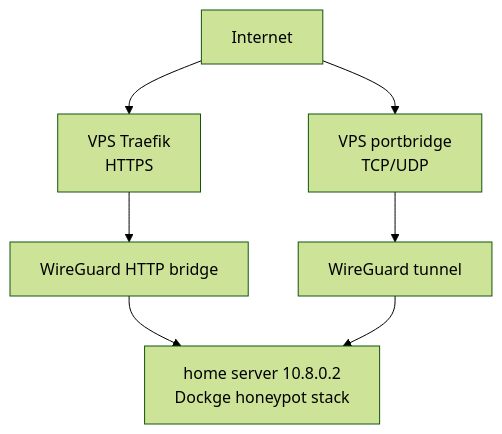
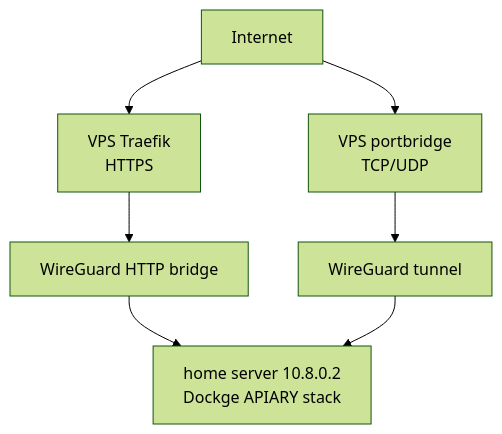
The first of 2 diagrams in docs/CGNAT-DEPLOYMENT.md (Xore/APIARY), drawn with Mermaid (forest theme) before and after one commit. The commit also changed other lines of this file and 49 other files, not shown here.

````diff
--- a/docs/CGNAT-DEPLOYMENT.md
+++ b/docs/CGNAT-DEPLOYMENT.md
@@ -6,9 +6,9 @@
 ```mermaid
 flowchart TD
     Internet --> Traefik["VPS Traefik<br/>HTTPS"]
     Internet --> Portbridge["VPS portbridge<br/>TCP/UDP"]
     Traefik --> HTTPBridge["WireGuard HTTP bridge"]
     Portbridge --> Tunnel["WireGuard tunnel"]
-    HTTPBridge --> Home["home server 10.8.0.2<br/>Dockge honeypot stack"]
+    HTTPBridge --> Home["home server 10.8.0.2<br/>Dockge APIARY stack"]
     Tunnel --> Home
 ```
````
